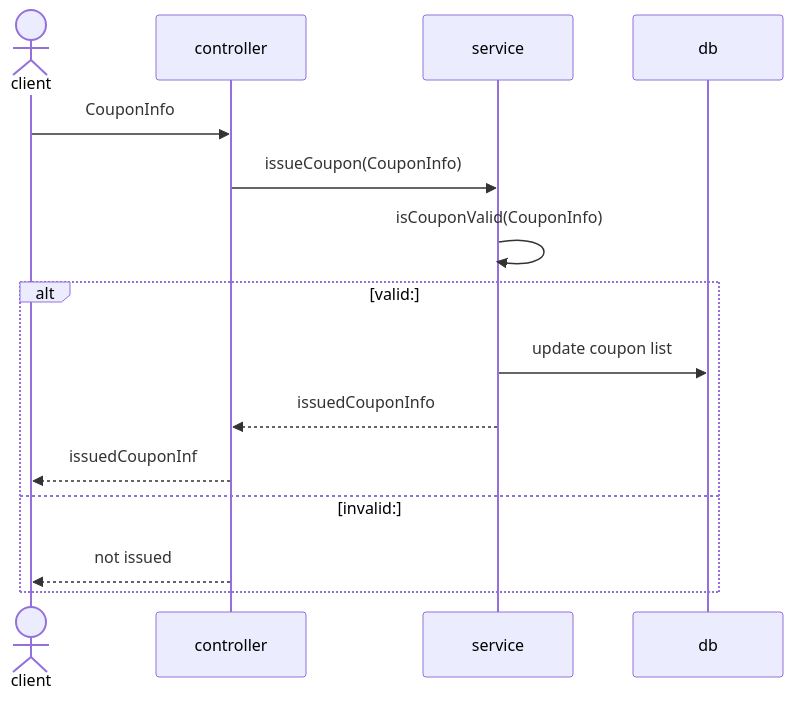
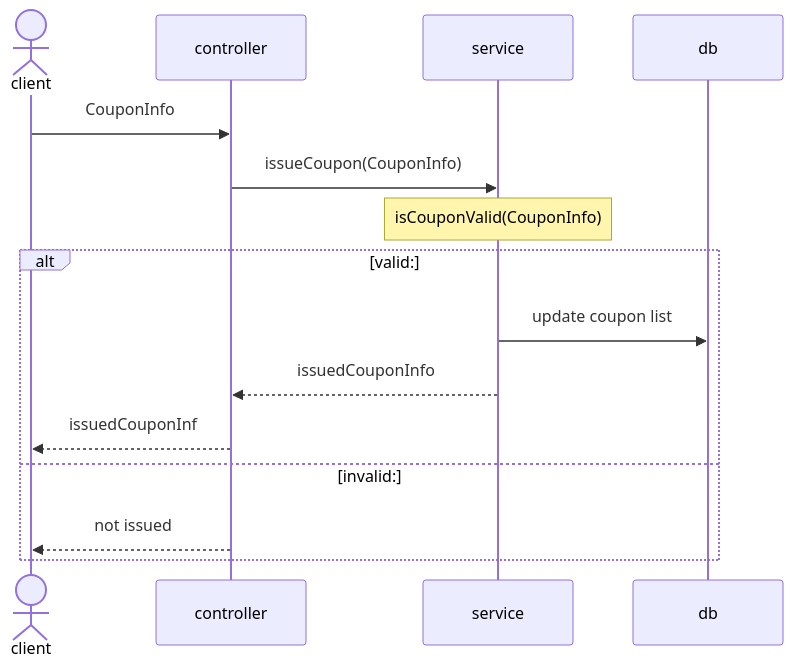
The seventh of 9 diagrams in sequence-diagram-phase-0.md (couponApiServerEconovation/couponApiServerMtak), drawn with Mermaid before and after one commit. The commit also changed other lines of this file, not shown here.

````diff
--- a/sequence-diagram-phase-0.md
+++ b/sequence-diagram-phase-0.md
@@ -108,17 +151,17 @@
 ```mermaid
 sequenceDiagram
 actor cl as client
 participant ctr as controller
 participant s as service
 participant db
 cl->>ctr: CouponInfo
 ctr->>s: issueCoupon(CouponInfo)
-s->>s: isCouponValid(CouponInfo)
+Note over s: isCouponValid(CouponInfo)
 alt valid:
 s->>db: update coupon list
 s-->>ctr: issuedCouponInfo
 ctr-->>cl: issuedCouponInf
 else invalid:
 ctr-->>cl: not issued
 end
 ```
````
